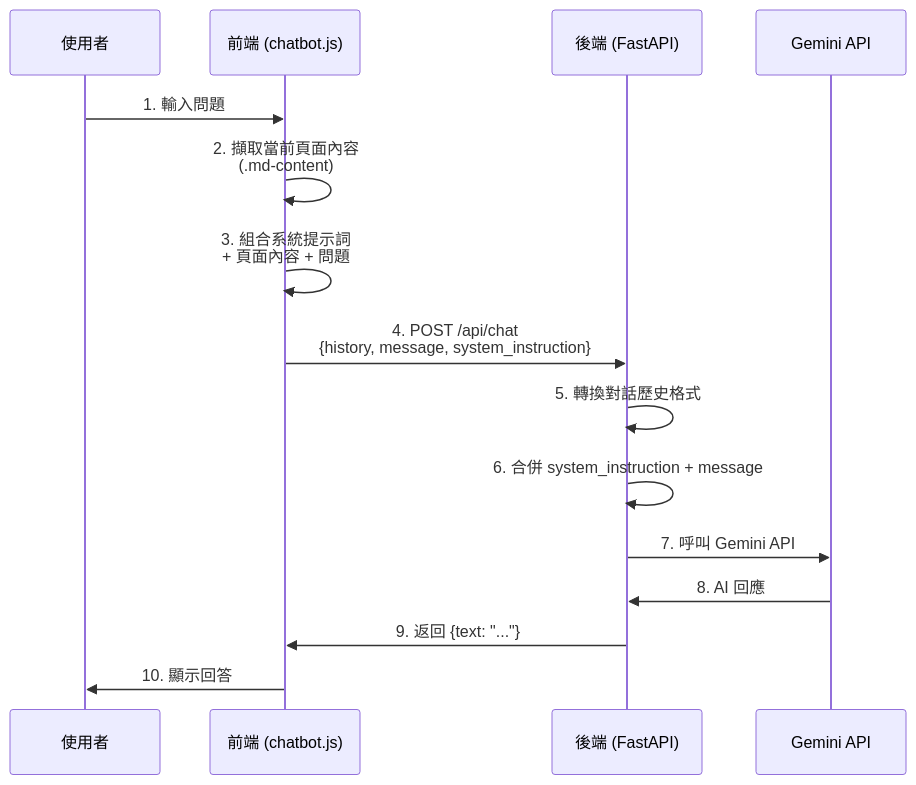
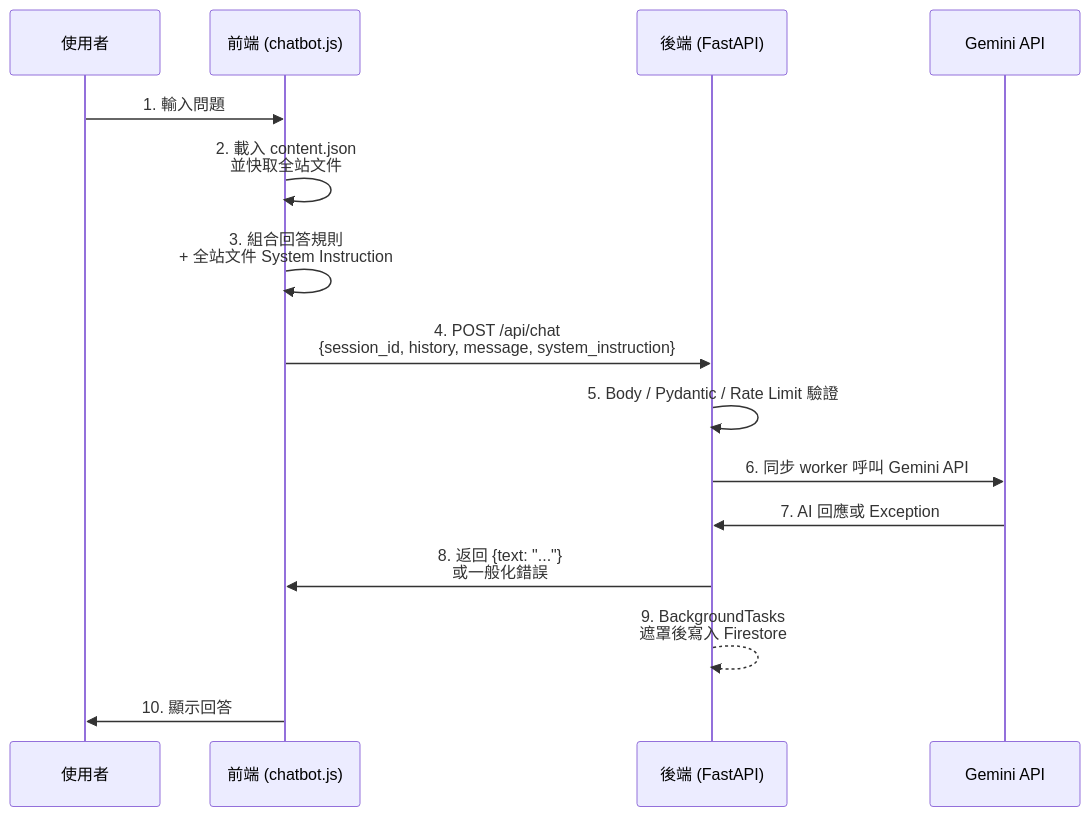
Before and after one commit to CaoCharles/dcka-class-notes: the first of 2 diagrams in backend/README.md, drawn with Mermaid. The commit also changed other lines of this file and 33 other files, not shown here.

Commit message:
feat: harden chatbot deployment and document architecture

````diff
--- a/backend/README.md
+++ b/backend/README.md
@@ -237,18 +259,18 @@
 ```mermaid
 sequenceDiagram
     participant U as 使用者
     participant F as 前端 (chatbot.js)
     participant B as 後端 (FastAPI)
     participant G as Gemini API
 
     U->>F: 1. 輸入問題
-    F->>F: 2. 擷取當前頁面內容<br/>(.md-content)
-    F->>F: 3. 組合系統提示詞<br/>+ 頁面內容 + 問題
-    F->>B: 4. POST /api/chat<br/>{history, message, system_instruction}
-    B->>B: 5. 轉換對話歷史格式
-    B->>B: 6. 合併 system_instruction + message
-    B->>G: 7. 呼叫 Gemini API
-    G->>B: 8. AI 回應
-    B->>F: 9. 返回 {text: "..."}
+    F->>F: 2. 載入 content.json<br/>並快取全站文件
+    F->>F: 3. 組合回答規則<br/>+ 全站文件 System Instruction
+    F->>B: 4. POST /api/chat<br/>{session_id, history, message, system_instruction}
+    B->>B: 5. Body / Pydantic / Rate Limit 驗證
+    B->>G: 6. 同步 worker 呼叫 Gemini API
+    G->>B: 7. AI 回應或 Exception
+    B->>F: 8. 返回 {text: "..."}<br/>或一般化錯誤
+    B-->>B: 9. BackgroundTasks<br/>遮罩後寫入 Firestore
     F->>U: 10. 顯示回答
 ```
````
